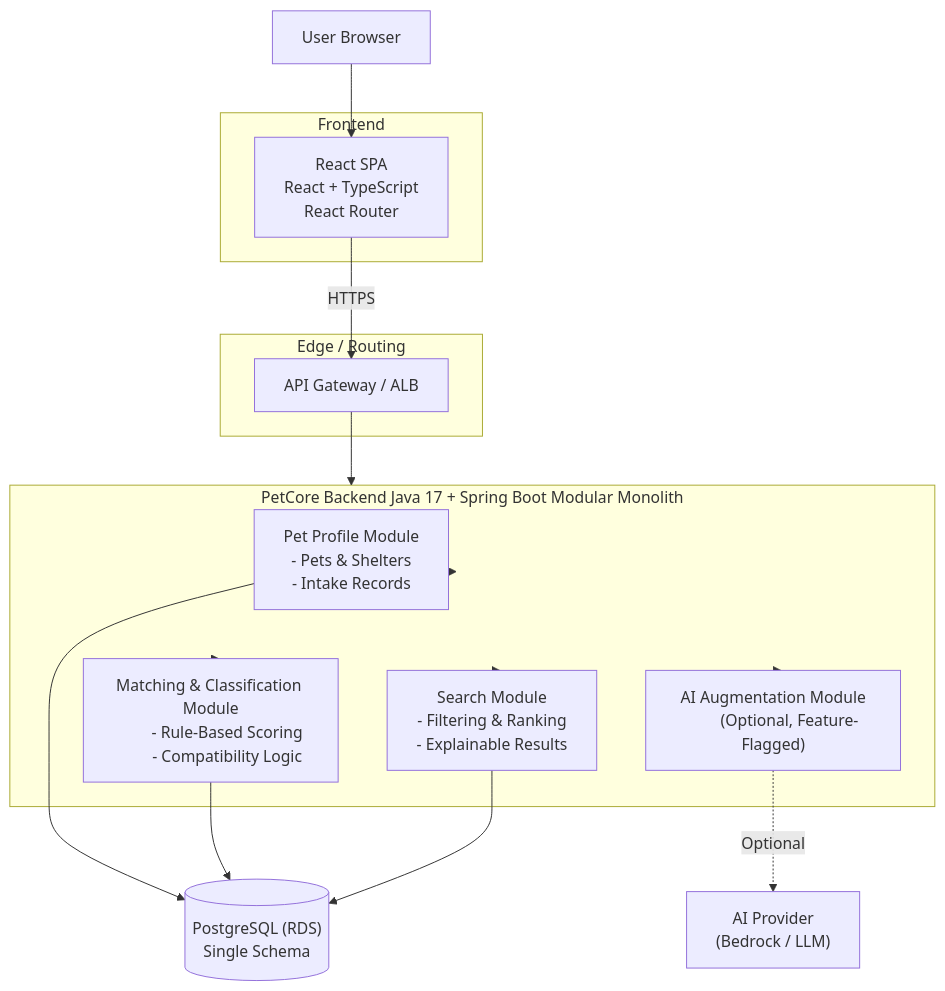
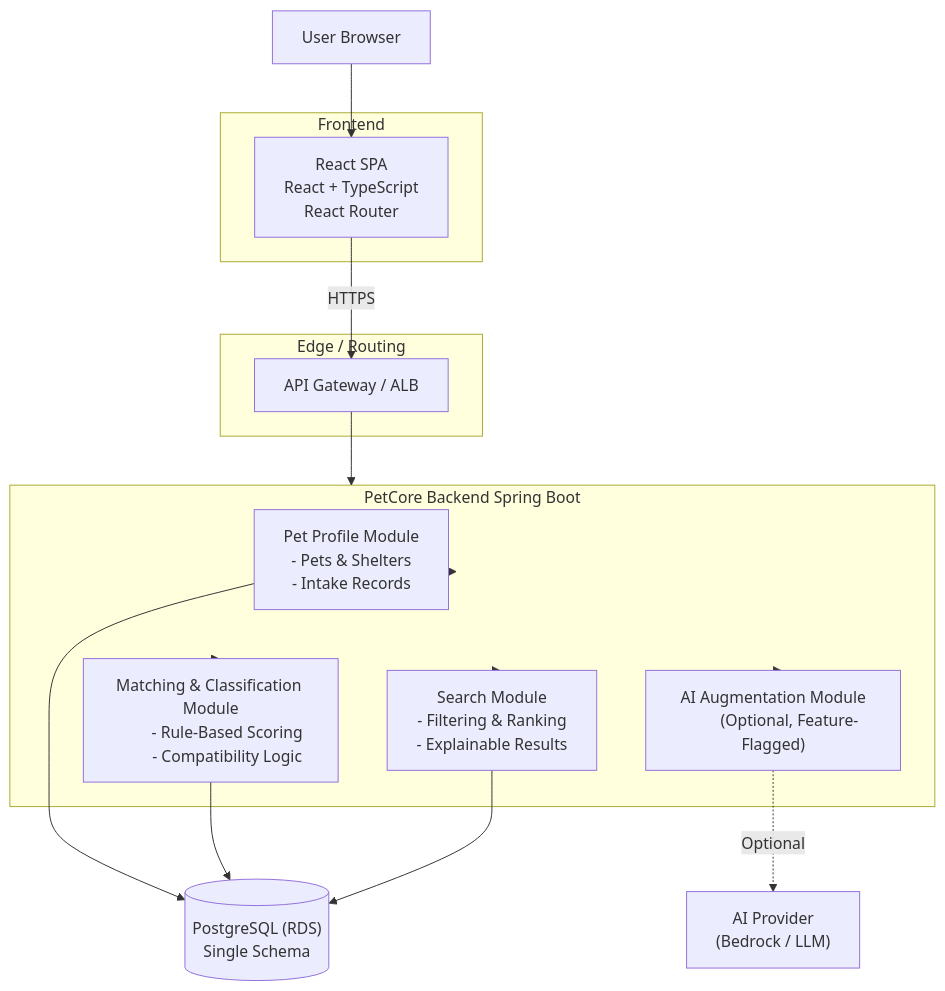
One commit to coding2themax/PetCore changed the diagram in README.md. Above: the diagram before and after it, drawn with Mermaid.

Commit message:
Add spacing for improved readability in architecture diagram

````diff
--- a/README.md
+++ b/README.md
@@ -30,50 +30,50 @@
 ```mermaid
 flowchart TB
     User[User Browser]
 
     subgraph FE[Frontend]
         React["React SPA
         React + TypeScript
         React Router"]
     end
 
     subgraph Edge[Edge / Routing]
         Gateway[API Gateway / ALB]
     end
 
-    subgraph BE["PetCore Backend Java 17 + Spring Boot Modular Monolith"]
+    subgraph BE["PetCore Backend Spring Boot"]
 
 
 
         Profile["Pet Profile Module
         - Pets & Shelters
         - Intake Records"]
         Matching["Matching & Classification Module
         - Rule-Based Scoring
         - Compatibility Logic"]
         Search["Search Module
         - Filtering & Ranking
         - Explainable Results"]
         AI["AI Augmentation Module
         (Optional, Feature-Flagged)"]
     end
 
     DB[("PostgreSQL (RDS)\nSingle Schema")]
 
     AIProvider["AI Provider\n(Bedrock / LLM)"]
 
     User --> React
     React -->|HTTPS| Gateway
     Gateway --> BE
 
     BE --> Profile
     BE --> Matching
     BE --> Search
     BE --> AI
 
     Profile --> DB
     Matching --> DB
     Search --> DB
 
     AI -. Optional .-> AIProvider
 ```
````
